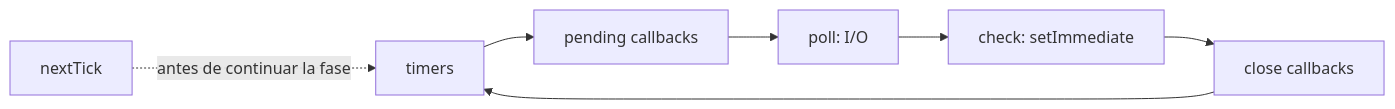
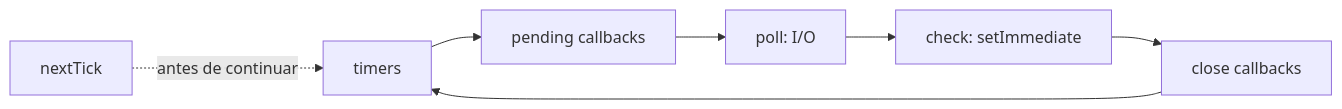
One commit to NICORUIZ93/The_Imperial_Book changed the second of 2 diagrams in web/public/content/node/modulo-0.md. Above: the diagram before and after it, drawn with Mermaid. The commit also changed other lines of this file and 33 other files, not shown here.

````diff
--- a/web/public/content/node/modulo-0.md
+++ b/web/public/content/node/modulo-0.md
@@ -148,5 +136,5 @@
 ```mermaid
 flowchart LR
     TIMER["timers"] --> PENDING["pending callbacks"] --> POLL["poll: I/O"] --> CHECK["check: setImmediate"] --> CLOSE["close callbacks"] --> TIMER
-    TICK["nextTick"] -. "antes de continuar la fase" .-> TIMER
+    TICK["nextTick"] -. "antes de continuar" .-> TIMER
 ```
````
